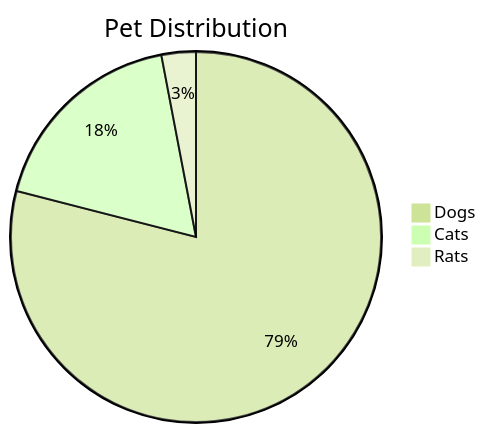
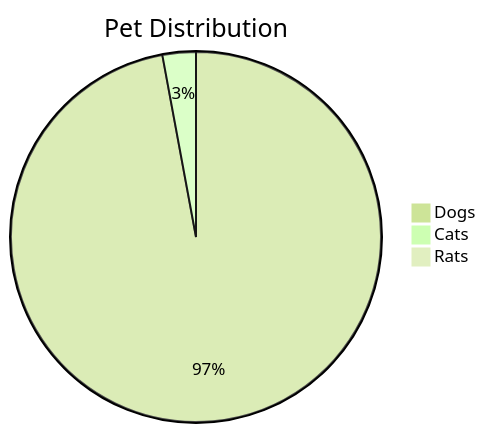
One commit to coatsnmore/reports changed the diagram in output/diagram.mmd. Above: the diagram before and after it, drawn with Mermaid (forest theme). The commit also changed 7 other files, not shown here.

```diff
--- a/output/diagram.mmd
+++ b/output/diagram.mmd
@@ -1,4 +1,4 @@
 pie title Pet Distribution
-                    "Dogs" : 79
-    "Cats" : 18
+                    "Dogs" : 10000
+    "Cats" : 300
     "Rats" : 3
```
